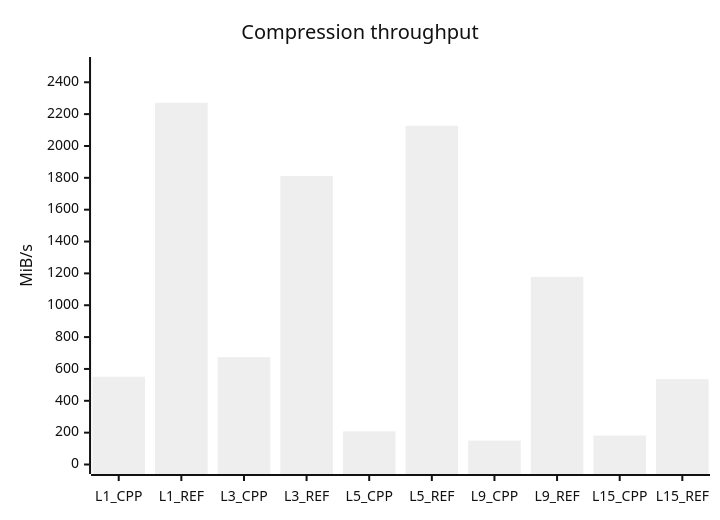
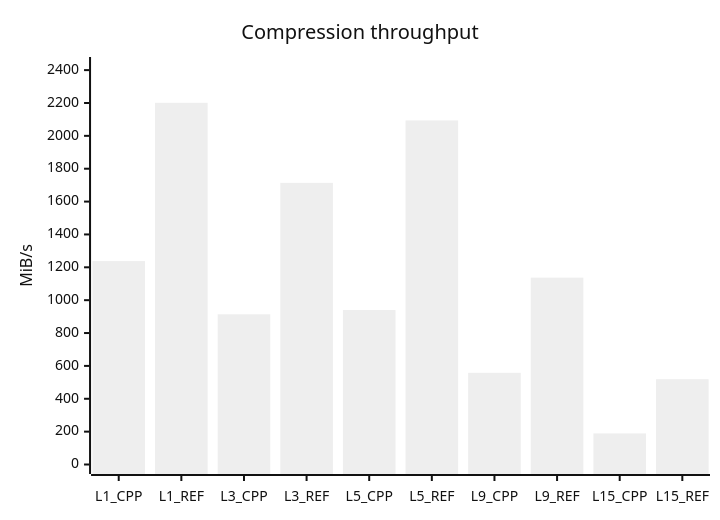
Before and after one commit to mheyman/zstdpp: the second of 7 diagrams in README.md, drawn with Mermaid (neutral theme). The commit also changed other lines of this file, not shown here.

````diff
--- a/README.md
+++ b/README.md
@@ -152,7 +152,7 @@
 ```mermaid
 xychart-beta
     title "Compression throughput"
     x-axis [L1_CPP, L1_REF, L3_CPP, L3_REF, L5_CPP, L5_REF, L9_CPP, L9_REF, L15_CPP, L15_REF]
-    y-axis "MiB/s" 0 --> 2499
-    bar [551, 2271, 674, 1812, 208, 2127, 150, 1178, 182, 536]
+    y-axis "MiB/s" 0 --> 2422
+    bar [1238, 2201, 914, 1714, 940, 2094, 558, 1137, 189, 519]
 ```
````
